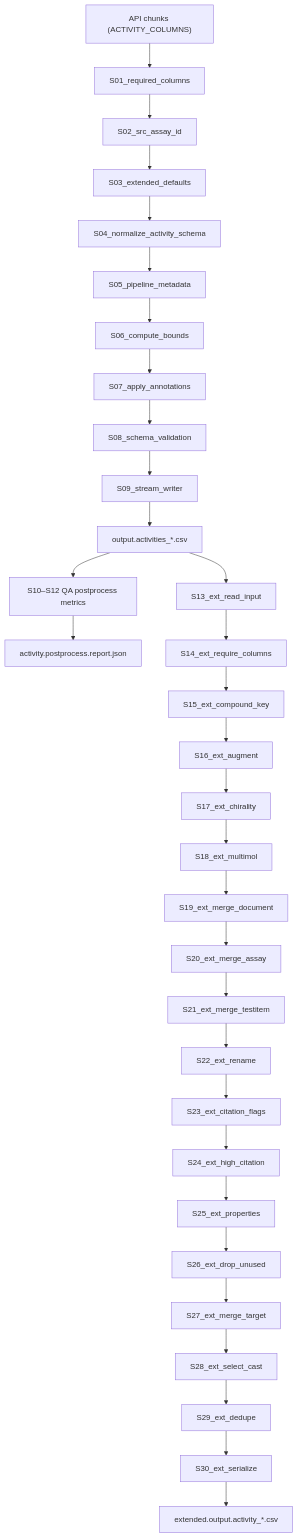
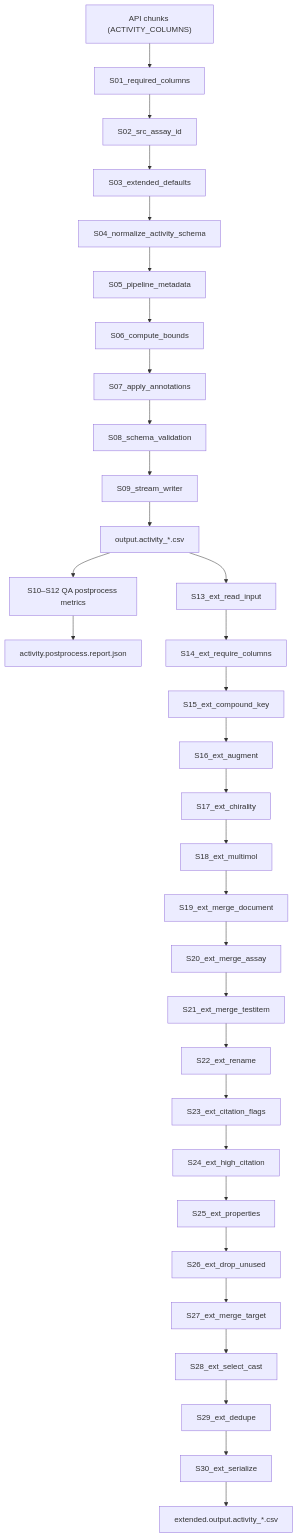
Before and after one commit to SatoryKono/ChEMBL_data_acquisition: the diagram in docs/postprocessing_activity_20251008.md, drawn with Mermaid. The commit also changed other lines of this file and 13 other files, not shown here.

````diff
--- a/docs/postprocessing_activity_20251008.md
+++ b/docs/postprocessing_activity_20251008.md
@@ -4,17 +4,17 @@
 ```mermaid
 flowchart TD
     RAW["API chunks (ACTIVITY_COLUMNS)"] --> S01
     S01["S01_required_columns"] --> S02["S02_src_assay_id"]
     S02 --> S03["S03_extended_defaults"]
     S03 --> S04["S04_normalize_activity_schema"]
     S04 --> S05["S05_pipeline_metadata"]
     S05 --> S06["S06_compute_bounds"]
     S06 --> S07["S07_apply_annotations"]
     S07 --> S08["S08_schema_validation"]
     S08 --> S09["S09_stream_writer"]
-    S09 --> MAINCSV["output.activities_*.csv"]
+    S09 --> MAINCSV["output.activity_*.csv"]
     MAINCSV --> QA["S10–S12 QA postprocess metrics"]
     MAINCSV --> EXTIN["S13_ext_read_input"]
     QA --> REPORT["activity.postprocess.report.json"]
     EXTIN --> S14["S14_ext_require_columns"] --> S15["S15_ext_compound_key"] --> S16["S16_ext_augment"] --> S17["S17_ext_chirality"] --> S18["S18_ext_multimol"] --> S19["S19_ext_merge_document"] --> S20["S20_ext_merge_assay"] --> S21["S21_ext_merge_testitem"] --> S22["S22_ext_rename"] --> S23["S23_ext_citation_flags"] --> S24["S24_ext_high_citation"] --> S25["S25_ext_properties"] --> S26["S26_ext_drop_unused"] --> S27["S27_ext_merge_target"] --> S28["S28_ext_select_cast"] --> S29["S29_ext_dedupe"] --> S30["S30_ext_serialize"] --> EXTOUT["extended.output.activity_*.csv"]
 ```
````
